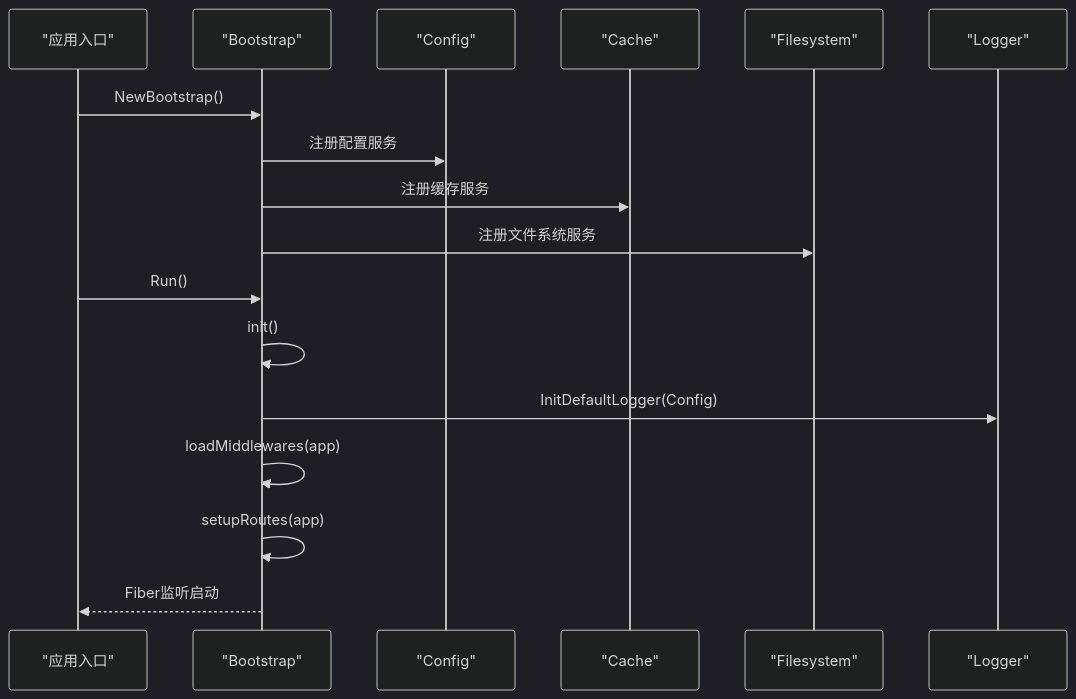
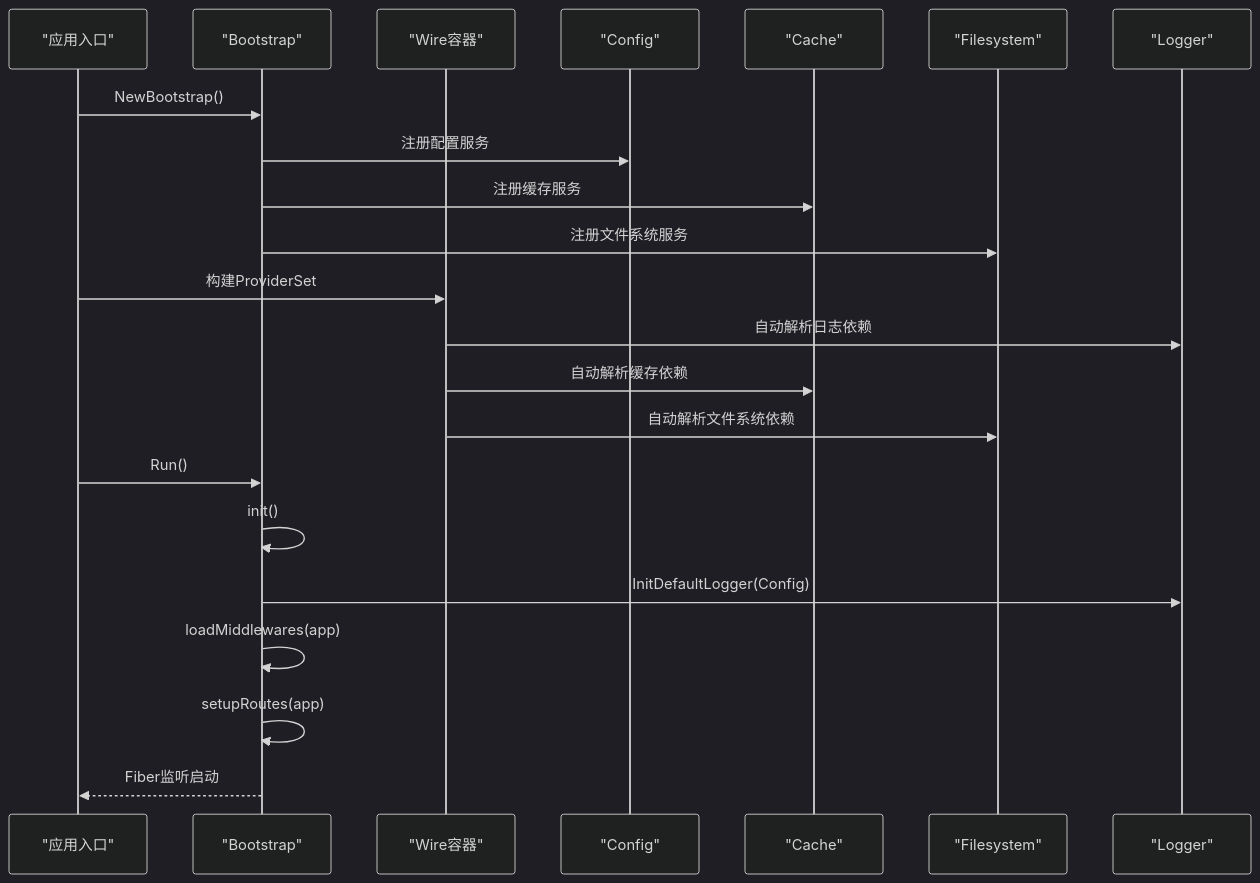
One commit to wuwuseo/cmf changed the second of 7 diagrams in .qoder/repowiki/zh/content/核心架构/依赖注入机制.md. Above: the diagram before and after it, drawn with Mermaid (dark theme). The commit also changed other lines of this file and 5 other files, not shown here.

````diff
--- a/.qoder/repowiki/zh/content/核心架构/依赖注入机制.md
+++ b/.qoder/repowiki/zh/content/核心架构/依赖注入机制.md
@@ -80,19 +104,24 @@
 ```mermaid
 sequenceDiagram
 participant App as "应用入口"
 participant Boot as "Bootstrap"
+participant Wire as "Wire容器"
 participant Cfg as "Config"
 participant Cch as "Cache"
 participant FS as "Filesystem"
 participant Log as "Logger"
 App->>Boot : NewBootstrap()
 Boot->>Cfg : 注册配置服务
 Boot->>Cch : 注册缓存服务
 Boot->>FS : 注册文件系统服务
+App->>Wire : 构建ProviderSet
+Wire->>Log : 自动解析日志依赖
+Wire->>Cch : 自动解析缓存依赖
+Wire->>FS : 自动解析文件系统依赖
 App->>Boot : Run()
 Boot->>Boot : init()
 Boot->>Log : InitDefaultLogger(Config)
 Boot->>Boot : loadMiddlewares(app)
 Boot->>Boot : setupRoutes(app)
 Boot-->>App : Fiber监听启动
 ```
````
